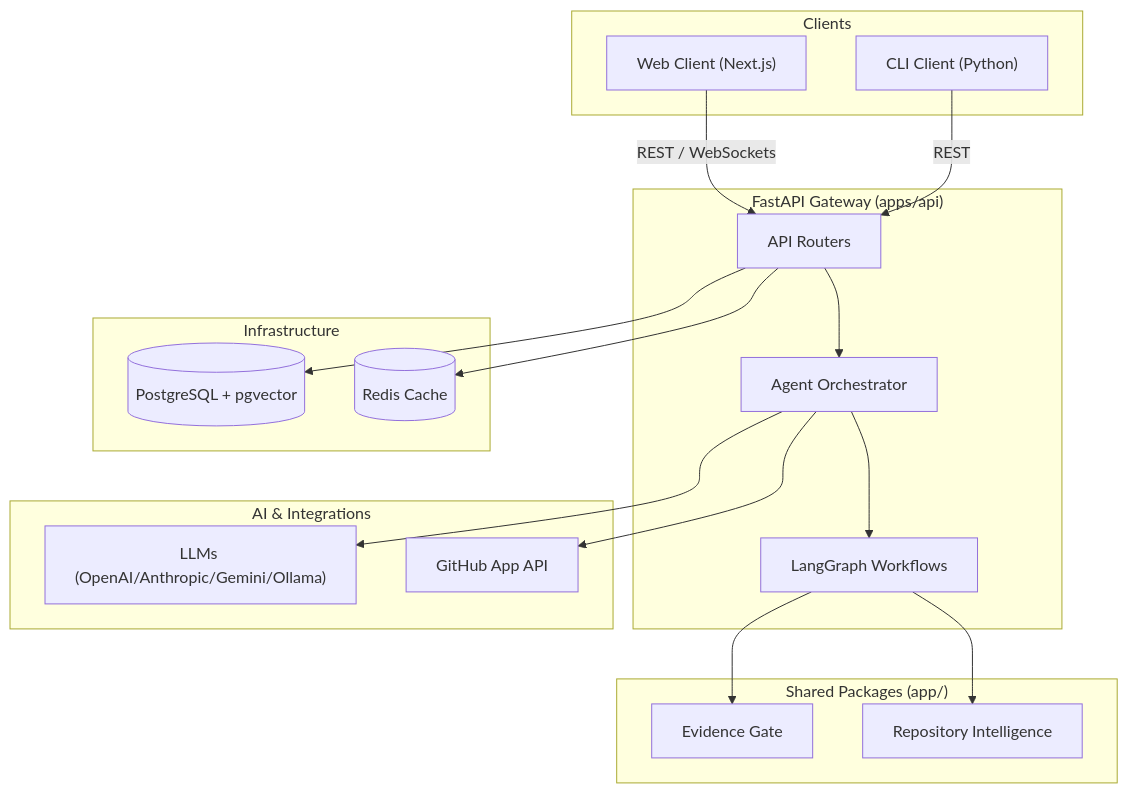
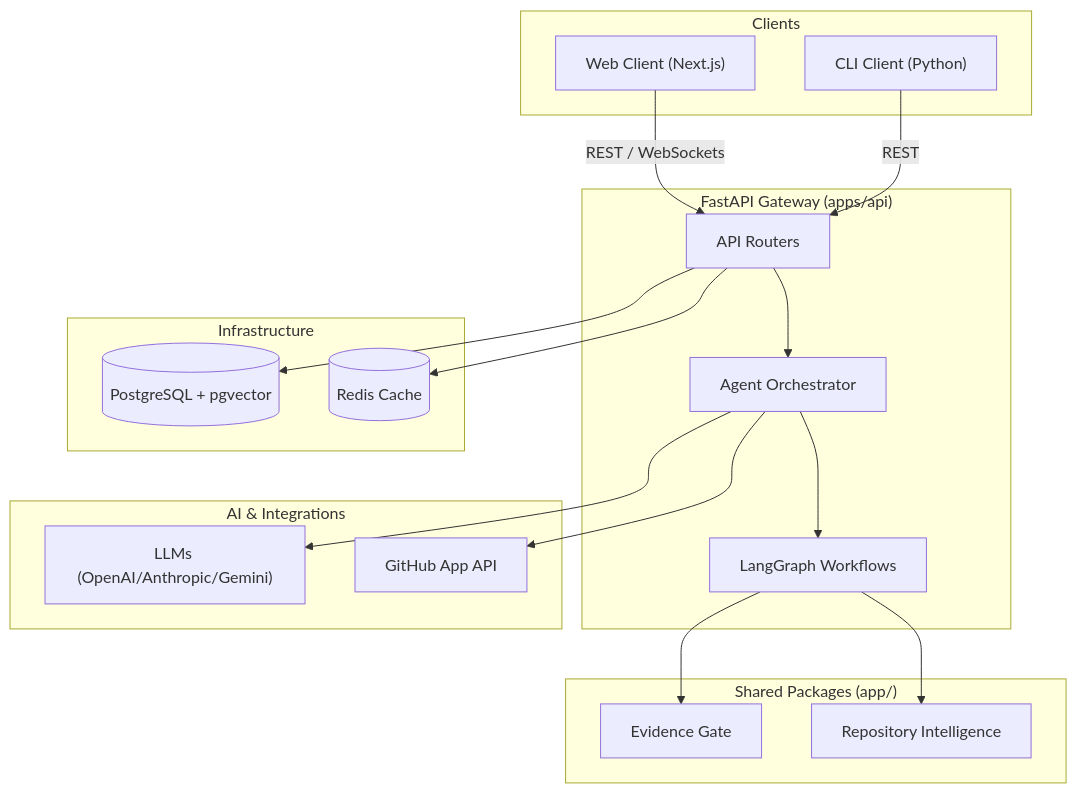
One commit to garvit-mishra-beep/AgentForge changed the diagram in REPOSITORY_MAP.md. Above: the diagram before and after it, drawn with Mermaid. The commit also changed other lines of this file and 338 other files, not shown here.

````diff
--- a/REPOSITORY_MAP.md
+++ b/REPOSITORY_MAP.md
@@ -76,39 +76,39 @@
 ```mermaid
 graph TD
   subgraph Clients
     Web["Web Client (Next.js)"]
     CLI["CLI Client (Python)"]
   end
 
   subgraph API Backend ["FastAPI Gateway (apps/api)"]
     Router["API Routers"]
     Orchestrator["Agent Orchestrator"]
     Graph["LangGraph Workflows"]
   end
 
   subgraph Shared Core ["Shared Packages (app/)"]
     Gate["Evidence Gate"]
     Intel["Repository Intelligence"]
   end
 
   subgraph Infrastructure
     DB[(PostgreSQL + pgvector)]
     Redis[(Redis Cache)]
   end
 
   subgraph Providers ["AI & Integrations"]
-    LLM["LLMs (OpenAI/Anthropic/Gemini/Ollama)"]
+    LLM["LLMs (OpenAI/Anthropic/Gemini)"]
     GitHub["GitHub App API"]
   end
 
   Web -- "REST / WebSockets" --> Router
   CLI -- "REST" --> Router
   Router --> Orchestrator
   Orchestrator --> Graph
   Graph --> Gate
   Graph --> Intel
   Router --> DB
   Router --> Redis
   Orchestrator --> LLM
   Orchestrator --> GitHub
 ```
````
